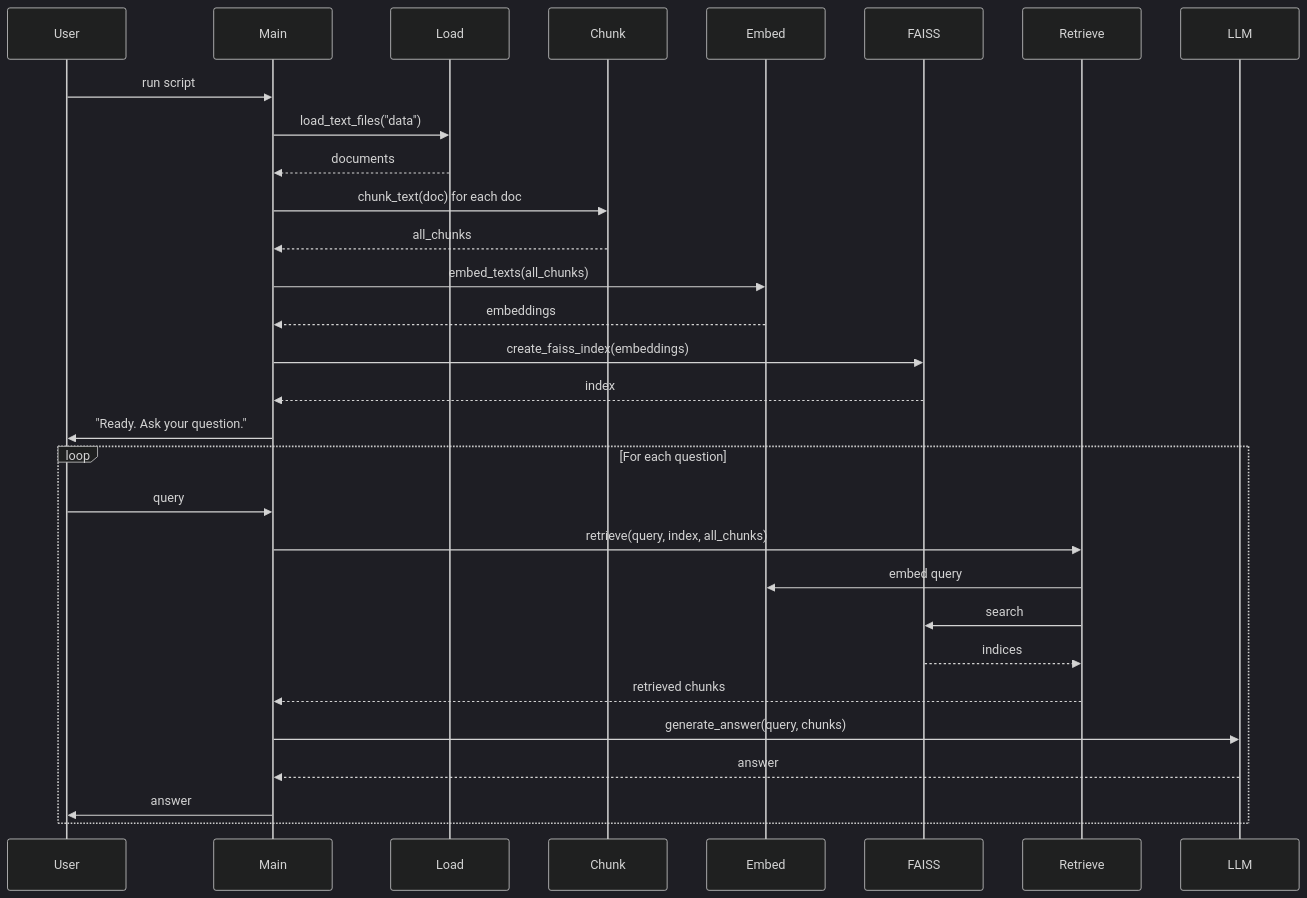
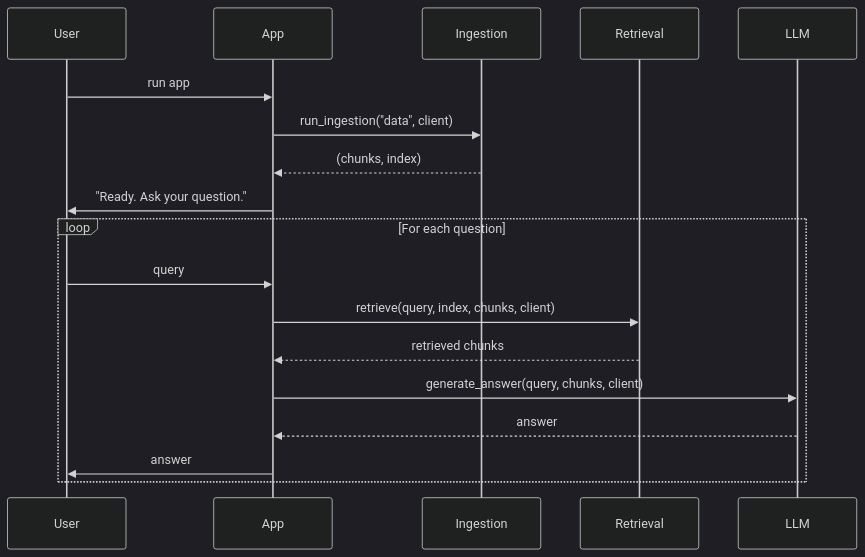
One commit to costaivo/workshop-rag changed the fourth of 4 diagrams in docs/rag-tutorial-basic.md. Above: the diagram before and after it, drawn with Mermaid (dark theme). The commit also changed other lines of this file, not shown here.

Commit message:
Revise RAG tutorial documentation for clarity and structure. Update the overview and high-level sections to better explain the RAG process, including the roles of ingestion, retrieval, and generation. Enhance diagrams for improved understanding and streamline the content for better readability.

````diff
--- a/docs/rag-tutorial-basic.md
+++ b/docs/rag-tutorial-basic.md
@@ -237,34 +214,22 @@
 ```mermaid
 sequenceDiagram
     participant User
-    participant Main
-    participant Load
-    participant Chunk
-    participant Embed
-    participant FAISS
-    participant Retrieve
+    participant App
+    participant Ingestion
+    participant Retrieval
     participant LLM
 
-    User->>Main: run script
-    Main->>Load: load_text_files("data")
-    Load-->>Main: documents
-    Main->>Chunk: chunk_text(doc) for each doc
-    Chunk-->>Main: all_chunks
-    Main->>Embed: embed_texts(all_chunks)
-    Embed-->>Main: embeddings
-    Main->>FAISS: create_faiss_index(embeddings)
-    FAISS-->>Main: index
-    Main->>User: "Ready. Ask your question."
+    User->>App: run app
+    App->>Ingestion: run_ingestion("data", client)
+    Ingestion-->>App: (chunks, index)
+    App->>User: "Ready. Ask your question."
 
     loop For each question
-        User->>Main: query
-        Main->>Retrieve: retrieve(query, index, all_chunks)
-        Retrieve->>Embed: embed query
-        Retrieve->>FAISS: search
-        FAISS-->>Retrieve: indices
-        Retrieve-->>Main: retrieved chunks
-        Main->>LLM: generate_answer(query, chunks)
-        LLM-->>Main: answer
-        Main->>User: answer
+        User->>App: query
+        App->>Retrieval: retrieve(query, index, chunks, client)
+        Retrieval-->>App: retrieved chunks
+        App->>LLM: generate_answer(query, chunks, client)
+        LLM-->>App: answer
+        App->>User: answer
     end
 ```
````
